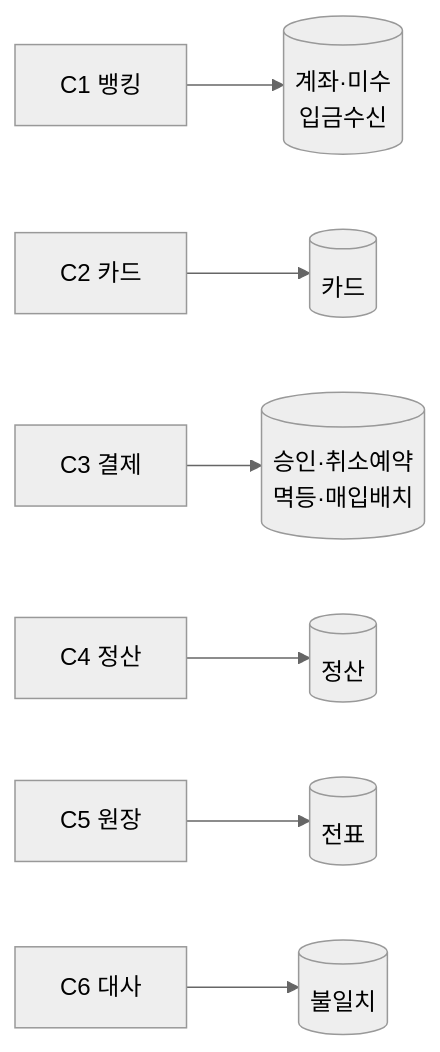
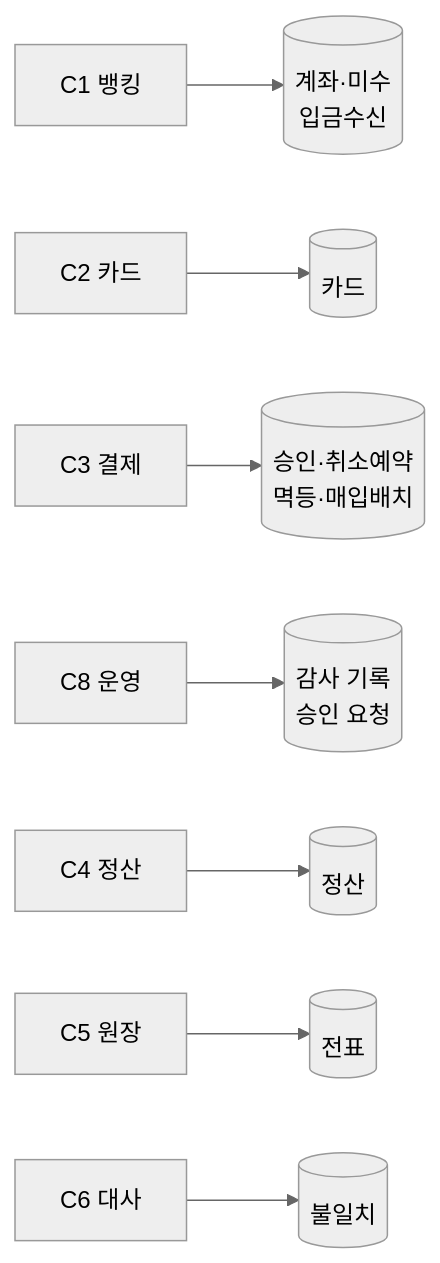
The first of 2 diagrams in architecture/views/03-data.md (jun-bank/docs), drawn with Mermaid (neutral theme) before and after one commit. The commit also changed other lines of this file and 4 other files, not shown here.

````diff
--- a/architecture/views/03-data.md
+++ b/architecture/views/03-data.md
@@ -15,9 +15,10 @@
 ```mermaid
 graph LR
     C1[C1 뱅킹] --> A[(계좌·미수<br/>입금수신)]
     C2[C2 카드] --> B[(카드)]
     C3[C3 결제] --> C[(승인·취소예약<br/>멱등·매입배치)]
+    C8[C8 운영] --> G[(감사 기록<br/>승인 요청)]
     C4[C4 정산] --> D[(정산)]
     C5[C5 원장] --> E[(전표)]
     C6[C6 대사] --> F[(불일치)]
 ```
````
